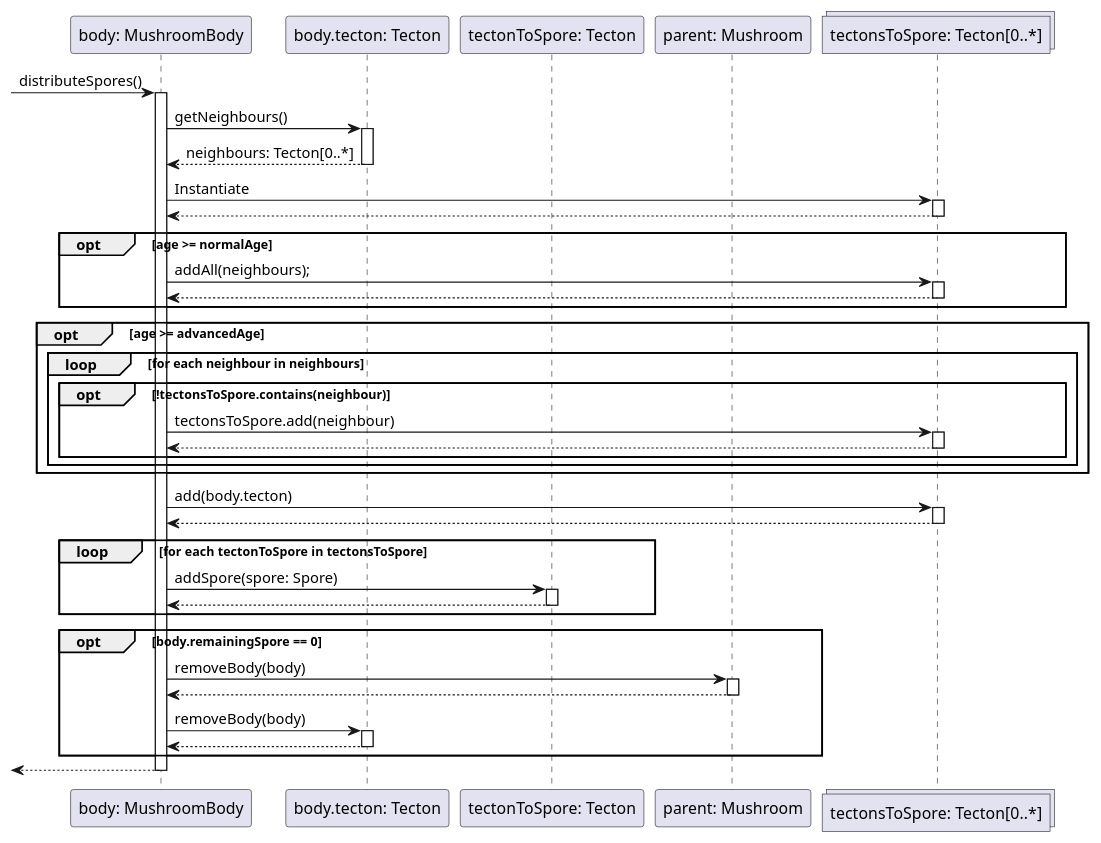
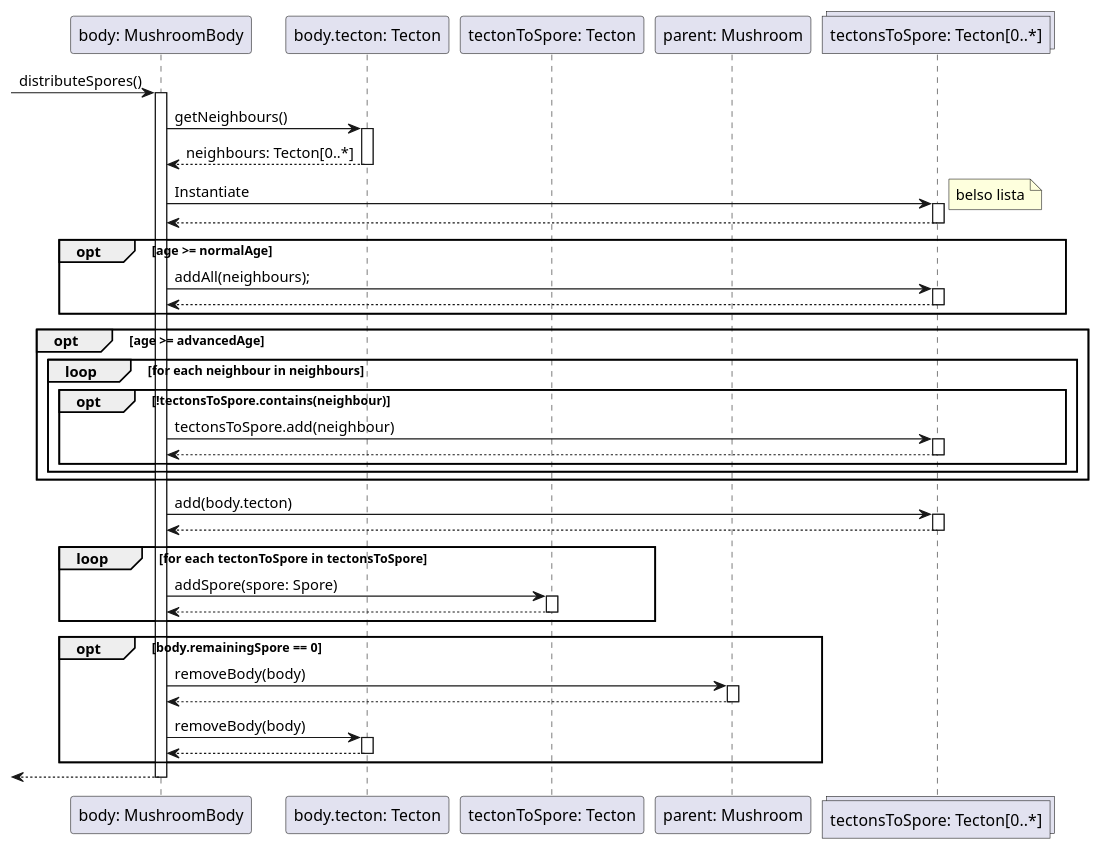
One commit to dzsem/projlab changed the diagram in diagrams/sequence/mushroom/mushroom_body/distributeSpore.wsd. Above: the diagram before and after it, drawn with PlantUML.

Commit message:
Added note to distribute spore

```diff
--- a/diagrams/sequence/mushroom/mushroom_body/distributeSpore.wsd
+++ b/diagrams/sequence/mushroom/mushroom_body/distributeSpore.wsd
@@ -1,67 +1,68 @@
 @startuml DistributeSpore
 participant "body: MushroomBody" as body
 participant "body.tecton: Tecton" as tecton
 participant "tectonToSpore: Tecton" as tectonToSpore
 participant "parent: Mushroom" as parent
-collections "tectonsToSpore: Tecton[0..*]" as tectons
+collections "tectonsToSpore: Tecton[0..*]" as tectons 
 
 -> body : distributeSpores()
 activate body
 
 body -> tecton : getNeighbours()
 
 activate tecton
 tecton --> body : neighbours: Tecton[0..*]
 deactivate tecton
 
 body -> tectons: Instantiate
+note right: belso lista
 activate tectons
 tectons --> body
 deactivate tectons
 
     opt age >= normalAge
         body -> tectons: addAll(neighbours);
         activate tectons
         tectons --> body
         deactivate tectons
     end 
 
     opt age >= advancedAge
         loop for each neighbour in neighbours
             opt !tectonsToSpore.contains(neighbour)
                 body -> tectons: tectonsToSpore.add(neighbour)
                 activate tectons
                 tectons --> body
                 deactivate tectons
             end
         end
     end
 
     body -> tectons: add(body.tecton)
     activate tectons
     tectons --> body
     deactivate tectons
 
     loop for each tectonToSpore in tectonsToSpore
         body -> tectonToSpore : addSpore(spore: Spore)
         activate tectonToSpore
         tectonToSpore --> body 
         deactivate tectonToSpore
 
     end
 
     opt body.remainingSpore == 0
         body -> parent : removeBody(body)
         activate parent
         parent --> body
         deactivate parent
         body -> tecton : removeBody(body)
         activate tecton
         tecton --> body
         deactivate tecton
     end
 
 <-- body
 deactivate body
 
 @enduml
```
